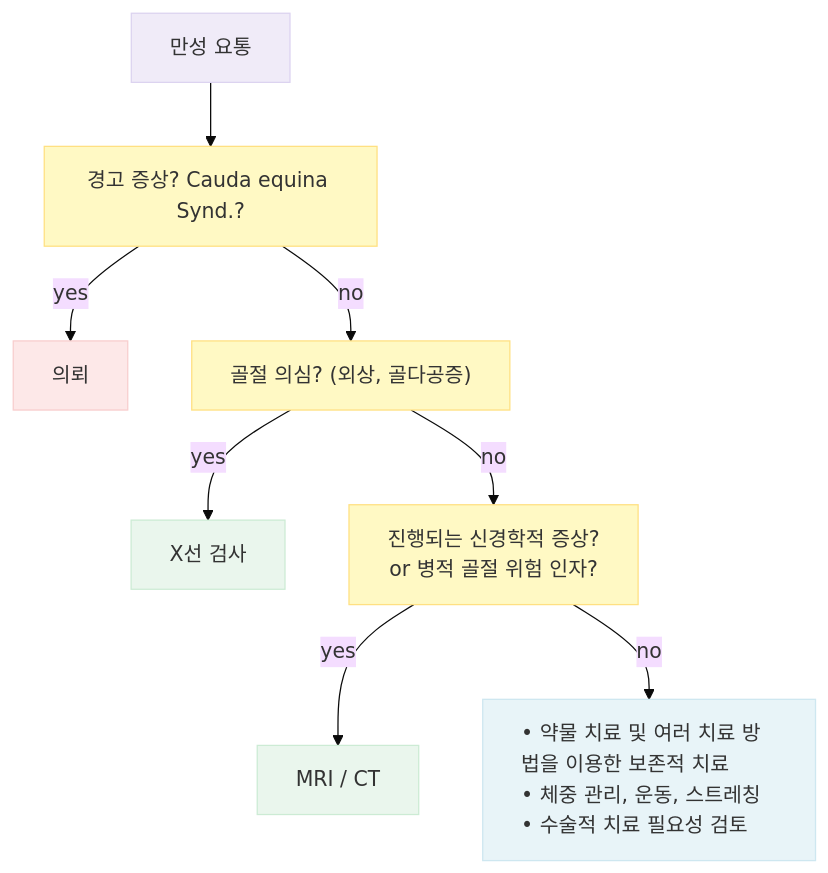
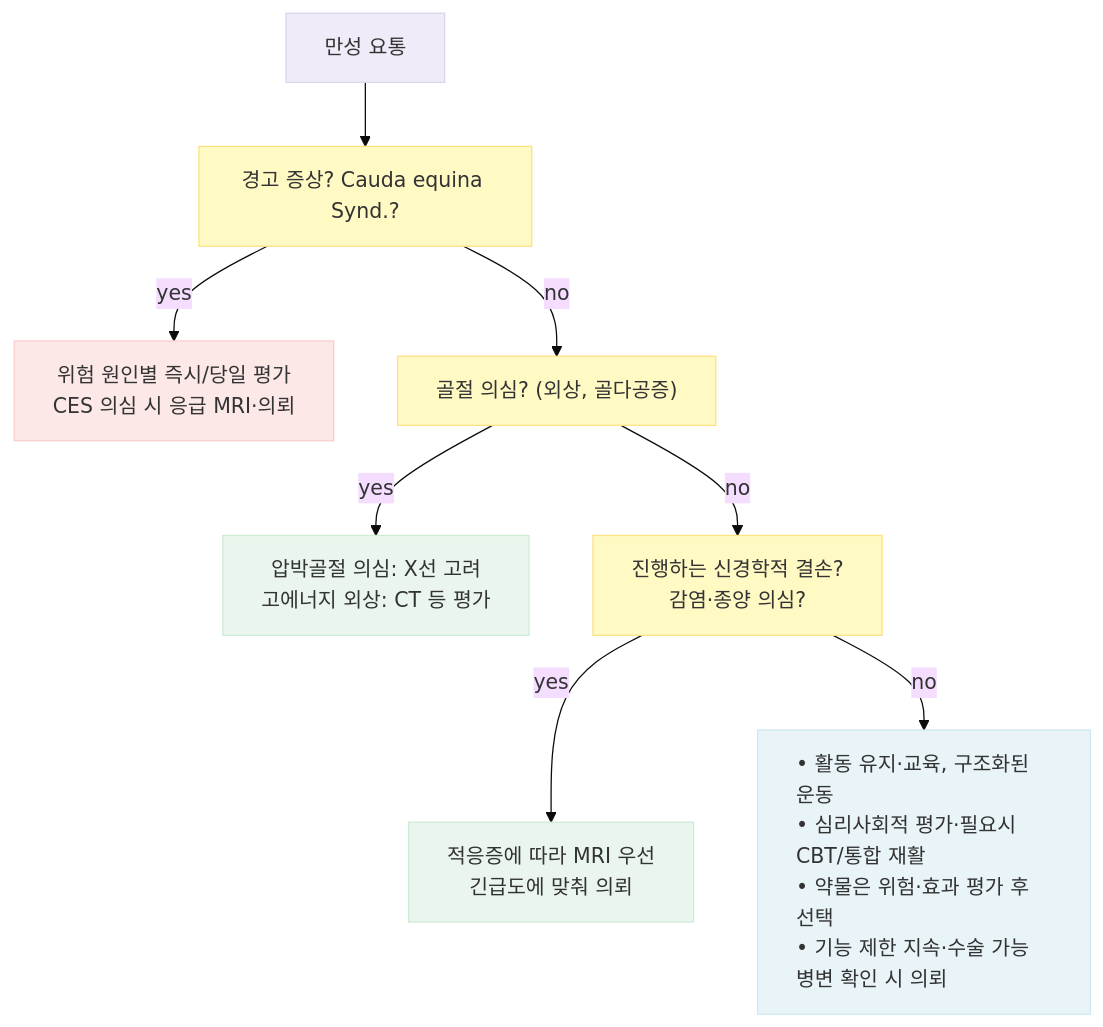
One commit to familyoh77/familyoh77 changed the diagram in 228_/137_-lower-back-pain.md. Above: the diagram before and after it, drawn with Mermaid (base theme). The commit also changed other lines of this file and 4 other files, not shown here.

````diff
--- a/228_/137_-lower-back-pain.md
+++ b/228_/137_-lower-back-pain.md
@@ -162,22 +165,22 @@
 ```mermaid
 flowchart TD
     A["만성 요통"] --> B["경고 증상? Cauda equina Synd.?"]
-    B -->|yes| C["의뢰"]
+    B -->|yes| C["위험 원인별 즉시/당일 평가<br/>CES 의심 시 응급 MRI·의뢰"]
     B -->|no| D["골절 의심? (외상, 골다공증)"]
-    D -->|yes| E["X선 검사"]
-    D -->|no| F["진행되는 신경학적 증상?<br/>or 병적 골절 위험 인자?"]
-    F -->|yes| G["MRI / CT"]
-    F -->|no| H["• 약물 치료 및 여러 치료 방법을 이용한 보존적 치료<br/>• 체중 관리, 운동, 스트레칭<br/>• 수술적 치료 필요성 검토"]
+    D -->|yes| E["압박골절 의심: X선 고려<br/>고에너지 외상: CT 등 평가"]
+    D -->|no| F["진행하는 신경학적 결손?<br/>감염·종양 의심?"]
+    F -->|yes| G["적응증에 따라 MRI 우선<br/>긴급도에 맞춰 의뢰"]
+    F -->|no| H["• 활동 유지·교육, 구조화된 운동<br/>• 심리사회적 평가·필요시 CBT/통합 재활<br/>• 약물은 위험·효과 평가 후 선택<br/>• 기능 제한 지속·수술 가능 병변 확인 시 의뢰"]
 
     classDef purple fill:#f0ebf8,stroke:#dcd3f0,color:#333
     classDef yellow fill:#fff9c4,stroke:#ffe082,color:#333
     classDef pink fill:#fde8e8,stroke:#f8cece,color:#333
     classDef green fill:#eaf6ed,stroke:#ccebd4,color:#333
     classDef blue fill:#e8f4f8,stroke:#cee7f0,color:#333,text-align:left
 
     class A purple
     class B,D,F yellow
     class C pink
     class E,G green
     class H blue
 ```
````
